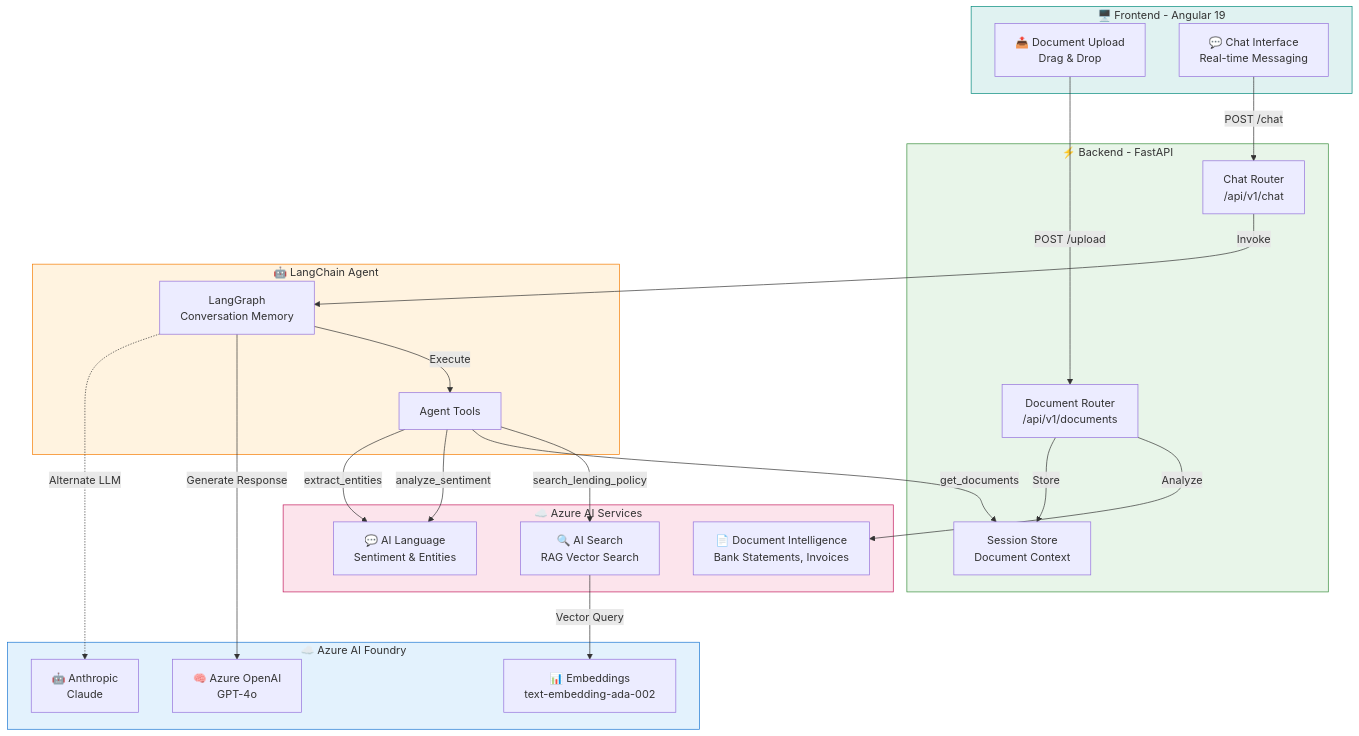
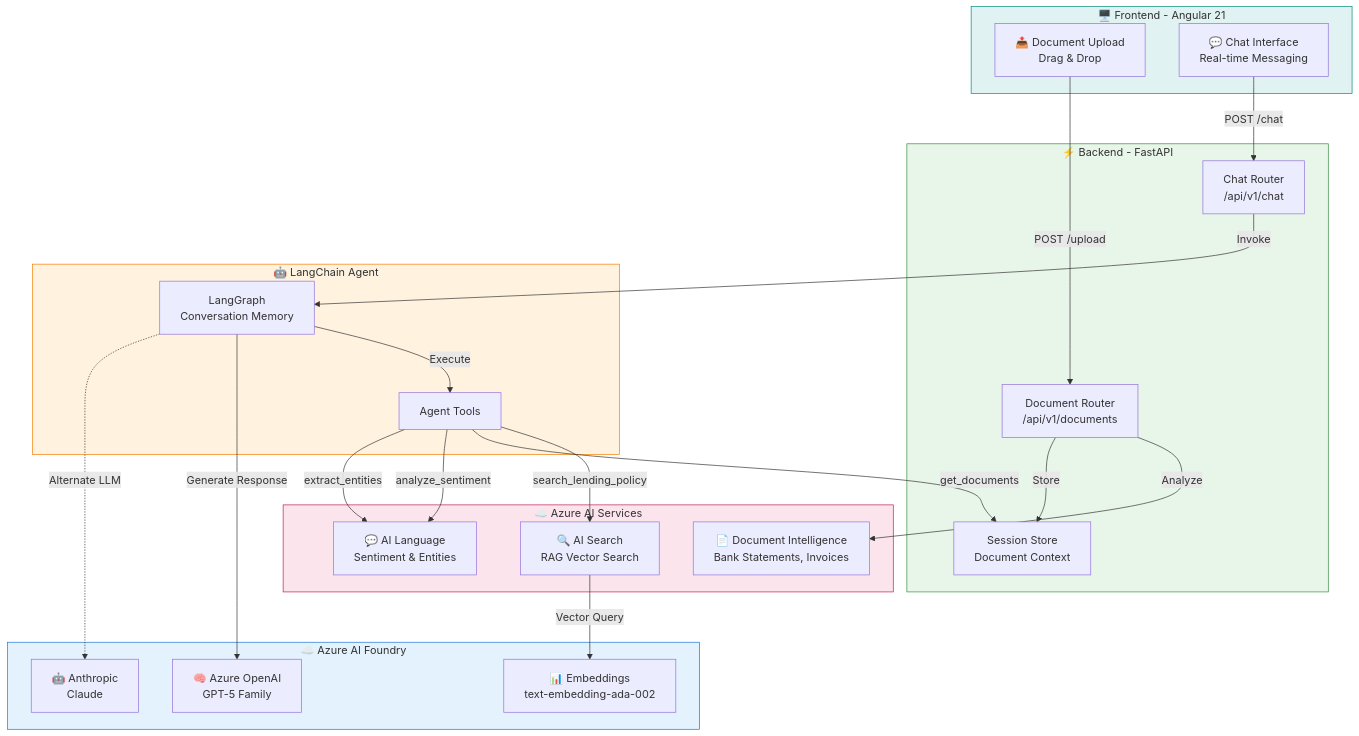
One commit to rajeswarandhandapani/ai-loan-processing-engine changed the diagram in README.md. Above: the diagram before and after it, drawn with Mermaid. The commit also changed other lines of this file and 2 other files, not shown here.

````diff
--- a/README.md
+++ b/README.md
@@ -58,50 +58,50 @@
 ```mermaid
 flowchart TB
-    subgraph Client["🖥️ Frontend - Angular 19"]
+    subgraph Client["🖥️ Frontend - Angular 21"]
         Upload["📤 Document Upload<br/>Drag & Drop"]
         Chat["💬 Chat Interface<br/>Real-time Messaging"]
     end
 
     subgraph API["⚡ Backend - FastAPI"]
         DocRouter["Document Router<br/>/api/v1/documents"]
         ChatRouter["Chat Router<br/>/api/v1/chat"]
         SessionStore["Session Store<br/>Document Context"]
     end
 
     subgraph Agent["🤖 LangChain Agent"]
         LangGraph["LangGraph<br/>Conversation Memory"]
         Tools["Agent Tools"]
     end
 
     subgraph Foundry["☁️ Azure AI Foundry"]
-        OpenAI["🧠 Azure OpenAI<br/>GPT-4o"]
+        OpenAI["🧠 Azure OpenAI<br/>GPT-5 Family"]
         Anthropic["🤖 Anthropic<br/>Claude"]
         Embeddings["📊 Embeddings<br/>text-embedding-ada-002"]
     end
 
     subgraph Azure["☁️ Azure AI Services"]
         DI["📄 Document Intelligence<br/>Bank Statements, Invoices"]
         Lang["💬 AI Language<br/>Sentiment & Entities"]
         Search["🔍 AI Search<br/>RAG Vector Search"]
     end
 
     Upload -->|POST /upload| DocRouter
     Chat -->|POST /chat| ChatRouter
     DocRouter -->|Analyze| DI
     DocRouter -->|Store| SessionStore
     ChatRouter -->|Invoke| LangGraph
     LangGraph -->|Execute| Tools
     Tools -->|"search_lending_policy"| Search
     Tools -->|"get_documents"| SessionStore
     Tools -->|"analyze_sentiment"| Lang
     Tools -->|"extract_entities"| Lang
     LangGraph -->|Generate Response| OpenAI
     LangGraph -.->|Alternate LLM| Anthropic
     Search -->|Vector Query| Embeddings
 
     style Client fill:#e0f2f1,stroke:#00897b
     style API fill:#e8f5e9,stroke:#388e3c
     style Agent fill:#fff3e0,stroke:#f57c00
     style Foundry fill:#e3f2fd,stroke:#1976d2
     style Azure fill:#fce4ec,stroke:#c2185b
 ```
````
